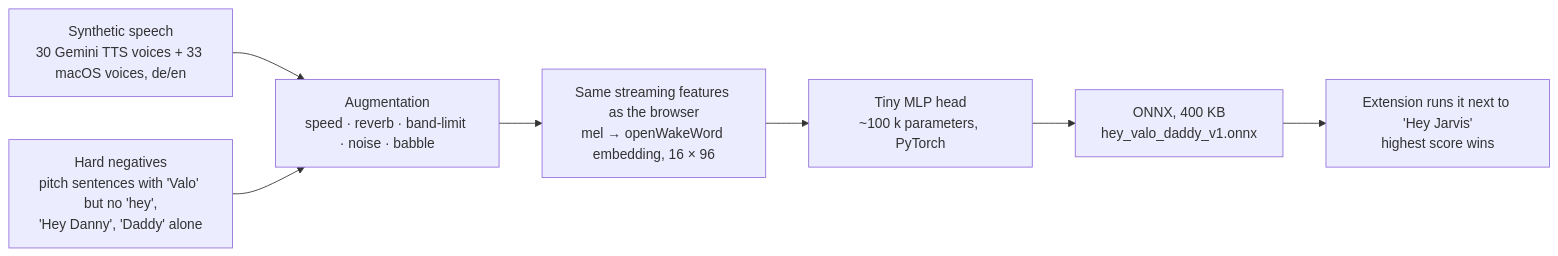
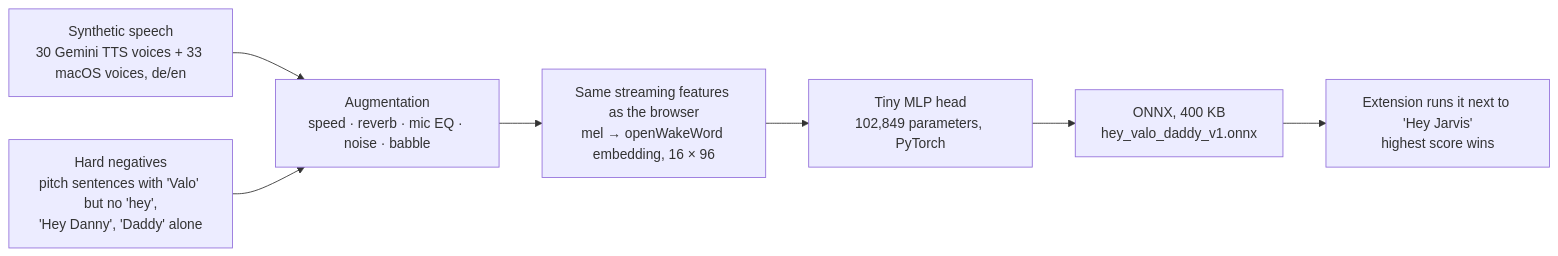
Before and after one commit to luca-3/agentic-hack: the second of 2 diagrams in README.md, drawn with Mermaid. The commit also changed other lines of this file and 29 other files, not shown here.

````diff
--- a/README.md
+++ b/README.md
@@ -77,9 +82,9 @@
 ```mermaid
 flowchart LR
-  TTS["Synthetic speech<br/>30 Gemini TTS voices + 33 macOS voices, de/en"] --> AUG["Augmentation<br/>speed · reverb · band-limit · noise · babble"]
+  TTS["Synthetic speech<br/>30 Gemini TTS voices + 33 macOS voices, de/en"] --> AUG["Augmentation<br/>speed · reverb · mic EQ · noise · babble"]
   NEG["Hard negatives<br/>pitch sentences with 'Valo' but no 'hey',<br/>'Hey Danny', 'Daddy' alone"] --> AUG
   AUG --> FEAT["Same streaming features as the browser<br/>mel → openWakeWord embedding, 16 × 96"]
-  FEAT --> MLP["Tiny MLP head<br/>~100 k parameters, PyTorch"]
+  FEAT --> MLP["Tiny MLP head<br/>102,849 parameters, PyTorch"]
   MLP --> ONNX["ONNX, 400 KB<br/>hey_valo_daddy_v1.onnx"]
   ONNX --> EXT["Extension runs it next to 'Hey Jarvis'<br/>highest score wins"]
 ```
````
